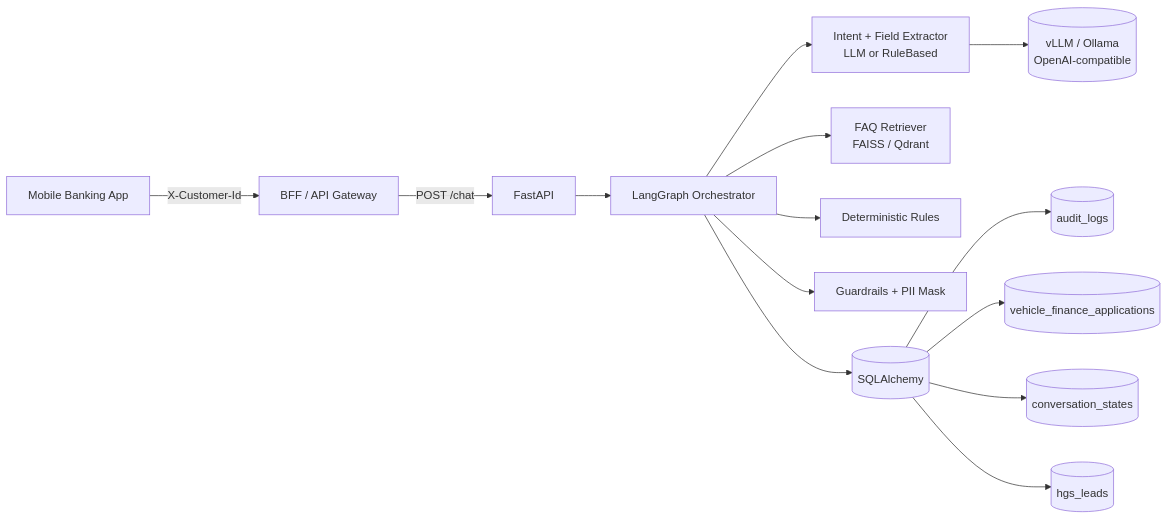
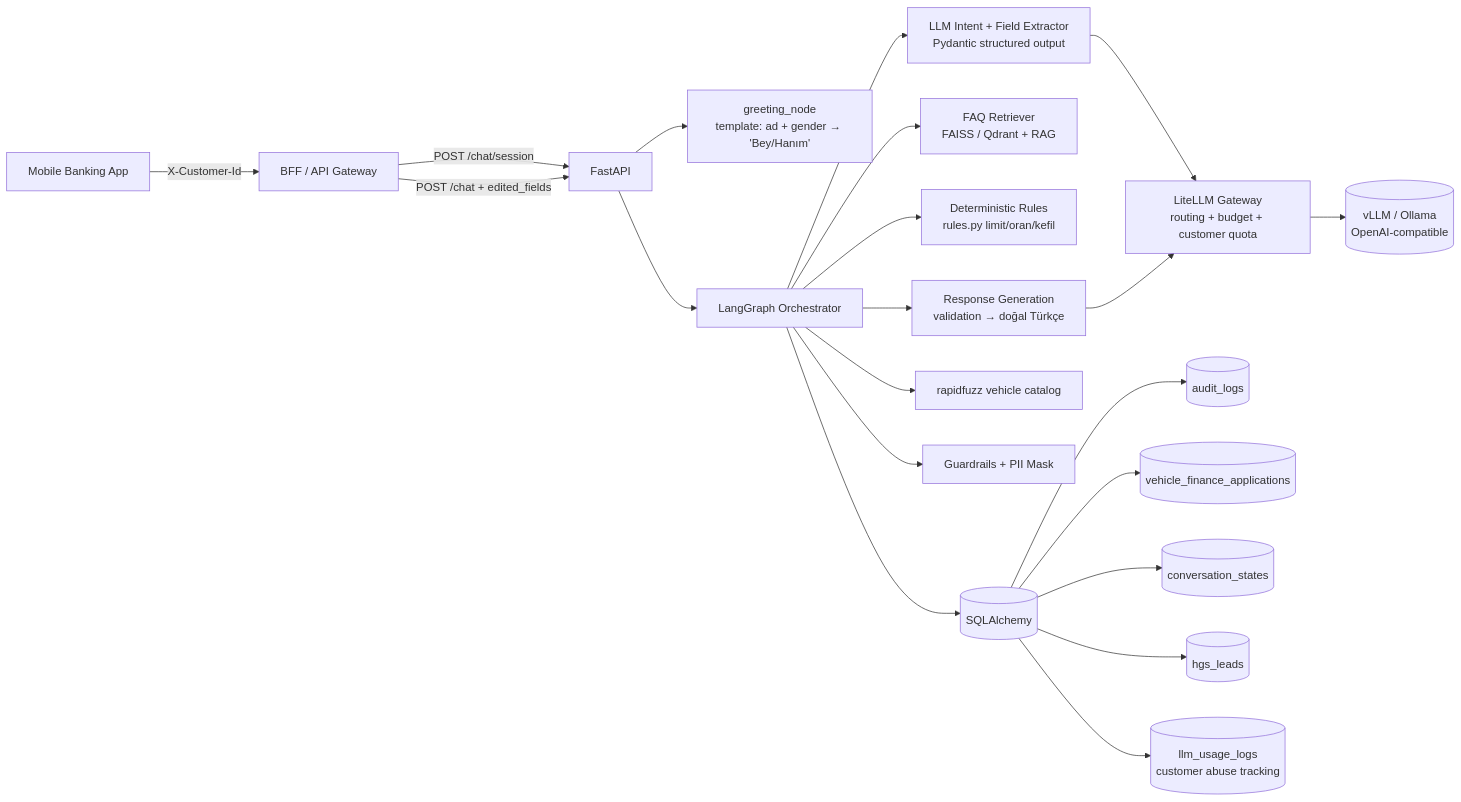
Before and after one commit to kadir-sen/tech_case_2: the first of 5 diagrams in vehicle_finance_chatbot/docs/architecture.md, drawn with Mermaid. The commit also changed other lines of this file and 53 other files, not shown here.

Commit message:
Refactor chatbot: add greeting node, response generator, expanded tests and docs

````diff
--- a/vehicle_finance_chatbot/docs/architecture.md
+++ b/vehicle_finance_chatbot/docs/architecture.md
@@ -5,16 +5,23 @@
 ```mermaid
 flowchart LR
     MOB[Mobile Banking App] -->|X-Customer-Id| BFF[BFF / API Gateway]
-    BFF -->|POST /chat| API[FastAPI]
+    BFF -->|POST /chat/session| API[FastAPI]
+    BFF -->|POST /chat + edited_fields| API
+    API --> GREET[greeting_node<br/>template: ad + gender → 'Bey/Hanım']
     API --> ORCH[LangGraph Orchestrator]
-    ORCH --> EXT[Intent + Field Extractor<br/>LLM or RuleBased]
-    ORCH --> RAG[FAQ Retriever<br/>FAISS / Qdrant]
-    ORCH --> RULES[Deterministic Rules]
+    ORCH --> EXT[LLM Intent + Field Extractor<br/>Pydantic structured output]
+    ORCH --> RAG[FAQ Retriever<br/>FAISS / Qdrant + RAG]
+    ORCH --> RULES[Deterministic Rules<br/>rules.py limit/oran/kefil]
+    ORCH --> RESP[Response Generation<br/>validation → doğal Türkçe]
+    ORCH --> FUZZ[rapidfuzz vehicle catalog]
     ORCH --> SEC[Guardrails + PII Mask]
     ORCH --> DB[(SQLAlchemy)]
-    EXT --> LLM[(vLLM / Ollama<br/>OpenAI-compatible)]
+    EXT --> GW[LiteLLM Gateway<br/>routing + budget + customer quota]
+    RESP --> GW
+    GW --> LLM[(vLLM / Ollama<br/>OpenAI-compatible)]
     DB --> AUD[(audit_logs)]
     DB --> APP[(vehicle_finance_applications)]
     DB --> CONV[(conversation_states)]
     DB --> HGS[(hgs_leads)]
+    DB --> USE[(llm_usage_logs<br/>customer abuse tracking)]
 ```
````
